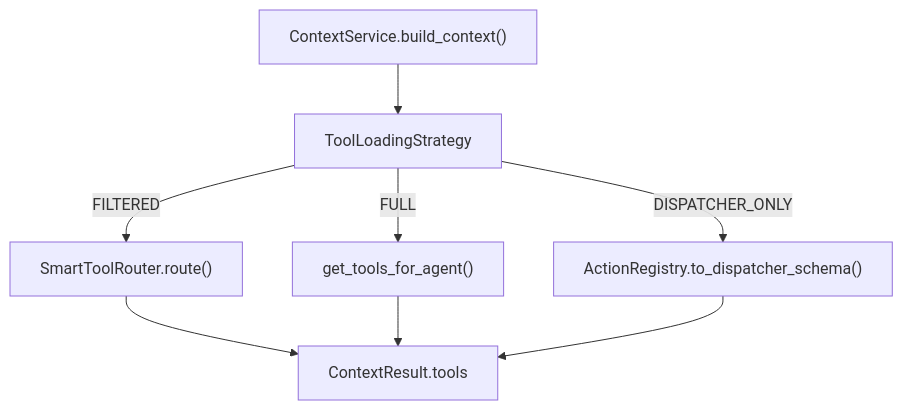
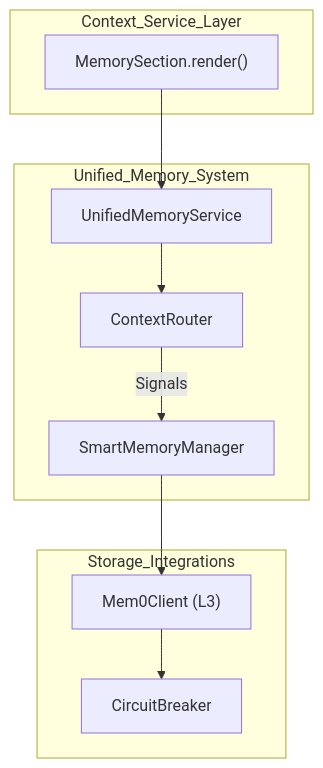
One commit to AutomatosAI/automatos-ai changed the third of 3 diagrams in docs/context-service/section-types.md. Above: the diagram before and after it, drawn with Mermaid. The commit also changed other lines of this file and 153 other files, not shown here.

````diff
--- a/docs/context-service/section-types.md
+++ b/docs/context-service/section-types.md
@@ -173,14 +208,23 @@
 ```mermaid
 graph TD
-    Request["ContextService.build_context()"]
-    Strategy["ToolLoadingStrategy"]
-    
-    Request --> Strategy
-    Strategy -->|FILTERED| Router["SmartToolRouter.route()"]
-    Strategy -->|FULL| Registry["get_tools_for_agent()"]
-    Strategy -->|DISPATCHER_ONLY| ActionReg["ActionRegistry.to_dispatcher_schema()"]
-    
-    Router --> Result["ContextResult.tools"]
-    Registry --> Result
-    ActionReg --> Result
+    subgraph "Context_Service_Layer"
+        MS["MemorySection.render()"]
+    end
+
+    subgraph "Unified_Memory_System"
+        UMS["UnifiedMemoryService"]
+        CR["ContextRouter"]
+        SMM["SmartMemoryManager"]
+    end
+
+    subgraph "Storage_Integrations"
+        M0C["Mem0Client (L3)"]
+        CB["CircuitBreaker"]
+    end
+
+    MS --> UMS
+    UMS --> CR
+    CR -->|Signals| SMM
+    SMM --> M0C
+    M0C --> CB
 ```
````
